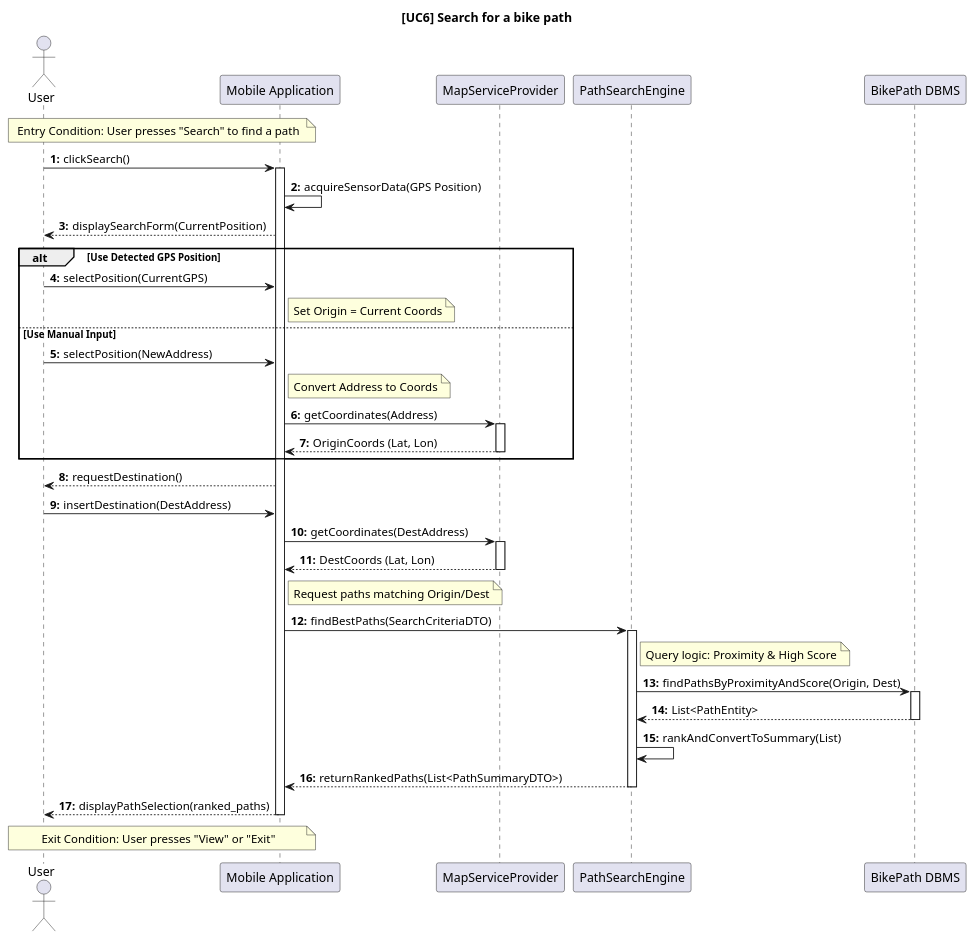
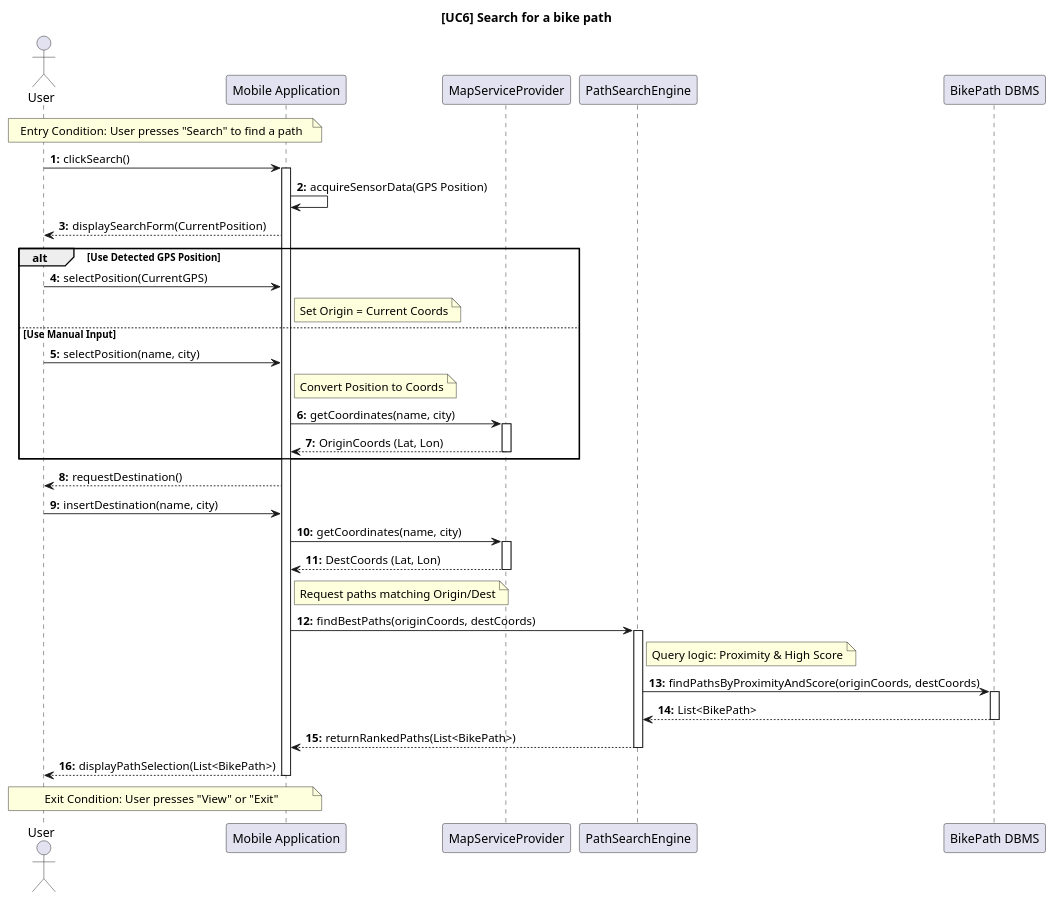
One commit to ilevinci/RubinoUvinsiVinciguerra changed the diagram in DD/sequencediagrams/usecase6.puml. Above: the diagram before and after it, drawn with PlantUML. The commit also changed 5 other files, not shown here.

Commit message:
changes in consistency between sequence diagram and class diagram

```diff
--- a/DD/sequencediagrams/usecase6.puml
+++ b/DD/sequencediagrams/usecase6.puml
@@ -1,89 +1,88 @@
 @startuml UC6_SearchBikePath_Design
 autonumber "<b>0:"
 title [UC6] Search for a bike path
 
 ' =======================================================
 ' COMPONENT DEFINITION
 ' =======================================================
 actor "User" as User
 participant "Mobile Application" as Client
 
 ' External Service (Geocoding)
 participant "MapServiceProvider" as Map
 
 ' Backend System
 participant "PathSearchEngine" as Search
 participant "BikePath DBMS" as DB
 
 ' =======================================================
 ' ENTRY CONDITION
 ' =======================================================
 note over User, Client: Entry Condition: User presses "Search" to find a path
 
 ' =======================================================
 ' (a) GPS DETECTION & INIT
 ' =======================================================
 User -> Client: clickSearch()
 activate Client
 
 ' Acquisizione locale sensori
 Client -> Client: acquireSensorData(GPS Position)
 
 ' =======================================================
 ' (b) ORIGIN SELECTION
 ' =======================================================
 Client --> User: displaySearchForm(CurrentPosition)
 
 alt Use Detected GPS Position
     User -> Client: selectPosition(CurrentGPS)
     note right of Client: Set Origin = Current Coords
 else Use Manual Input
-    User -> Client: selectPosition(NewAddress)
+    User -> Client: selectPosition(name, city)
     
     ' Smart Client: Geocoding prima della ricerca
-    note right of Client: Convert Address to Coords
-    Client -> Map: getCoordinates(Address)
+    note right of Client: Convert Position to Coords
+    Client -> Map: getCoordinates(name, city)
     activate Map
     Map --> Client: OriginCoords (Lat, Lon)
     deactivate Map
 end
 
 ' =======================================================
 ' (c) DESTINATION SELECTION
 ' =======================================================
 Client --> User: requestDestination()
-User -> Client: insertDestination(DestAddress)
+User -> Client: insertDestination(name, city)
 
 ' Smart Client: Geocoding Destination
-Client -> Map: getCoordinates(DestAddress)
+Client -> Map: getCoordinates(name, city)
 activate Map
 Map --> Client: DestCoords (Lat, Lon)
 deactivate Map
 
 ' =======================================================
 ' (d) PATH RETRIEVAL AND SCORING
 ' =======================================================
 ' Invio della query con le coordinate già pronte
 note right of Client: Request paths matching Origin/Dest
 
-Client -> Search: findBestPaths(SearchCriteriaDTO)
+Client -> Search: findBestPaths(originCoords, destCoords)
 activate Search
 
 ' Query al DB: Trova percorsi vicini e ordinali per Score
 note right of Search: Query logic: Proximity & High Score
-Search -> DB: findPathsByProximityAndScore(Origin, Dest)
+Search -> DB: findPathsByProximityAndScore(originCoords, destCoords)
 activate DB
-DB --> Search: List<PathEntity>
+DB --> Search: List<BikePath>
 deactivate DB
 
 ' Conversione in DTO leggeri per la lista
-Search -> Search: rankAndConvertToSummary(List)
-Search --> Client: returnRankedPaths(List<PathSummaryDTO>)
+Search --> Client: returnRankedPaths(List<BikePath>)
 deactivate Search
 
-Client --> User: displayPathSelection(ranked_paths)
+Client --> User: displayPathSelection(List<BikePath>)
 
 note over User, Client: Exit Condition: User presses "View" or "Exit"
 
 deactivate Client
 @enduml
```
